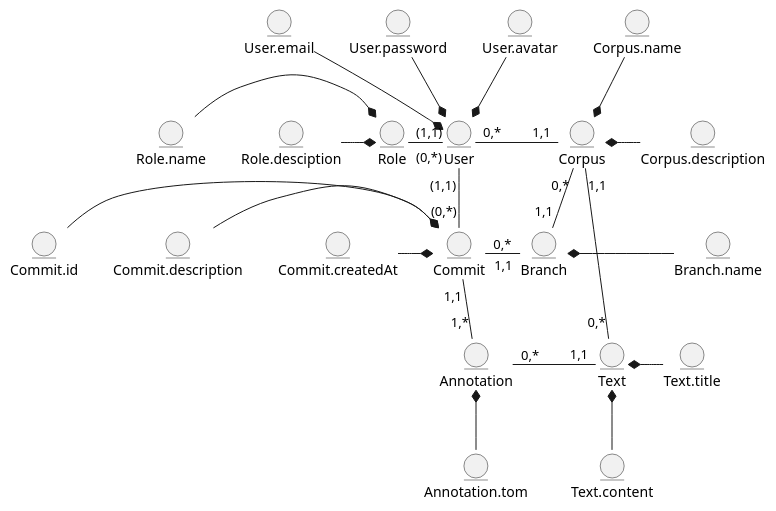
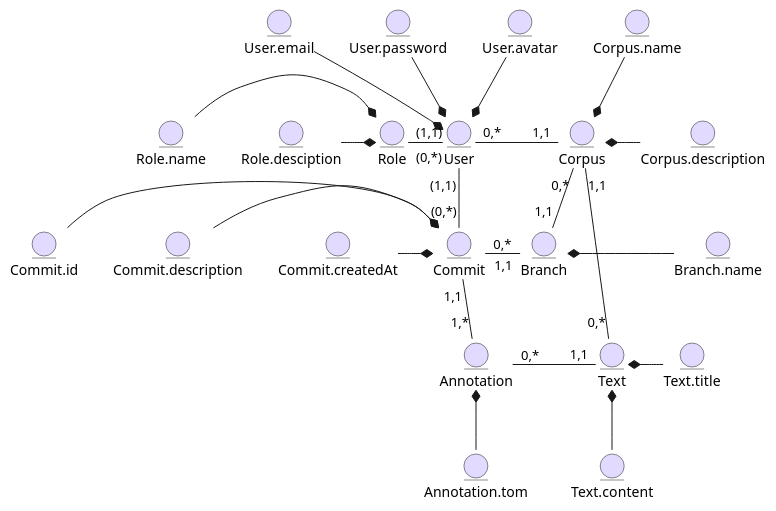
One commit to Oleh-Khomenko/AMC changed the diagram in src/uml/BEmodel.puml. Above: the diagram before and after it, drawn with PlantUML.

```diff
--- a/src/uml/BEmodel.puml
+++ b/src/uml/BEmodel.puml
@@ -1,64 +1,64 @@
-@startuml
-entity User
-entity User.email
-entity User.password 
-entity User.avatar
+@startuml 
+entity User #e3daff
+entity User.email #e3daff
+entity User.password #e3daff
+entity User.avatar #e3daff
 
-entity Role
-entity Role.name
-entity Role.desciption
+entity Role #e3daff
+entity Role.name #e3daff
+entity Role.desciption #e3daff
 
-entity Commit
-entity Commit.id
-entity Commit.description
-entity Commit.createdAt
+entity Commit #e3daff
+entity Commit.id #e3daff
+entity Commit.description #e3daff
+entity Commit.createdAt #e3daff
 
-entity Annotation
-entity Annotation.tom
+entity Annotation #e3daff
+entity Annotation.tom #e3daff
 
-entity Text
-entity Text.content
-entity Text.title
+entity Text #e3daff
+entity Text.content #e3daff
+entity Text.title #e3daff
 
-entity Corpus
-entity Corpus.name
-entity Corpus.description
+entity Corpus #e3daff
+entity Corpus.name #e3daff
+entity Corpus.description #e3daff
 
-entity Branch
-entity Branch.name
+entity Branch #e3daff
+entity Branch.name #e3daff
 
 
 User.email -d-* User
 User.password -d-* User
 User.avatar -d-* User
 
 Role.name -r-* Role
 Role.desciption -r-* Role
 
 Commit.id -r-* Commit
 Commit.description -r-* Commit
 Commit.createdAt -r-* Commit
 
 Annotation.tom -u-* Annotation
 
 Text.content -u-* Text
 Text.title -l-* Text
 
 Corpus.name -d-* Corpus
 Corpus.description -l-* Corpus
 
 Branch.name -l-* Branch
 
 
 User "(0,*)"-l-"(1,1)" Role
 User "0,*"-r-"1,1" Corpus
 User "(1,1)"-d-"(0,*)" Commit
 
 Commit "0,*" -r- "1,1" Branch
 Commit "1,1" -d- "1,*" Annotation
 
 Corpus "0,*" -d- "1,1" Branch
 Corpus "1,1" -d- "0,*" Text
 
 Text "1,1" -l- "0,*" Annotation
 @enduml
```
